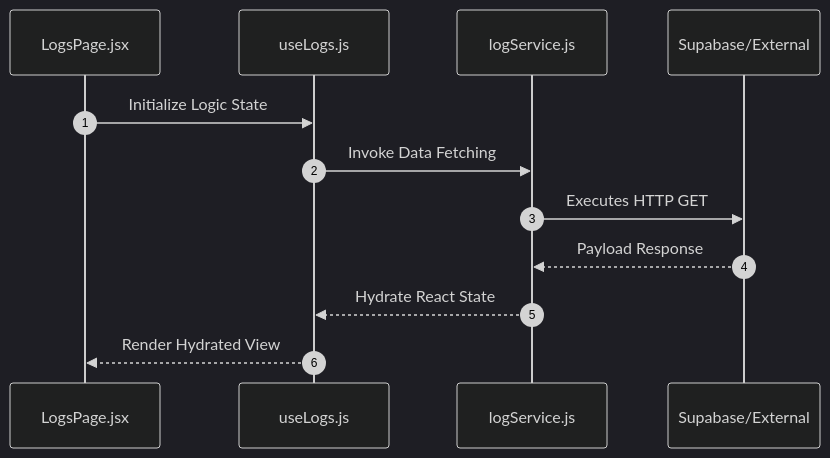
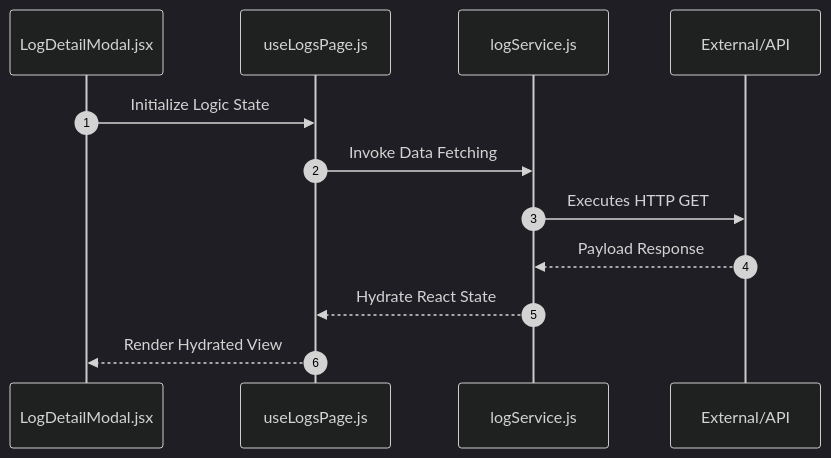
Before and after one commit to nexowebai/nexo-superadmin: the second of 2 diagrams in src/features/logs/README.md, drawn with Mermaid (dark theme). The commit also changed other lines of this file and 18 other files, not shown here.

````diff
--- a/src/features/logs/README.md
+++ b/src/features/logs/README.md
@@ -41,15 +41,15 @@
 ```mermaid
 sequenceDiagram
 autonumber
-    participant P as LogsPage.jsx
-    participant H as useLogs.js
+    participant P as LogDetailModal.jsx
+    participant H as useLogsPage.js
     participant S as logService.js
-    participant API as Supabase/External
+    participant API as External/API
 
     P->>H: Initialize Logic State
     H->>S: Invoke Data Fetching
     S->>API: Executes HTTP GET
     API-->>S: Payload Response
     S-->>H: Hydrate React State
     H-->>P: Render Hydrated View
 ```
````
